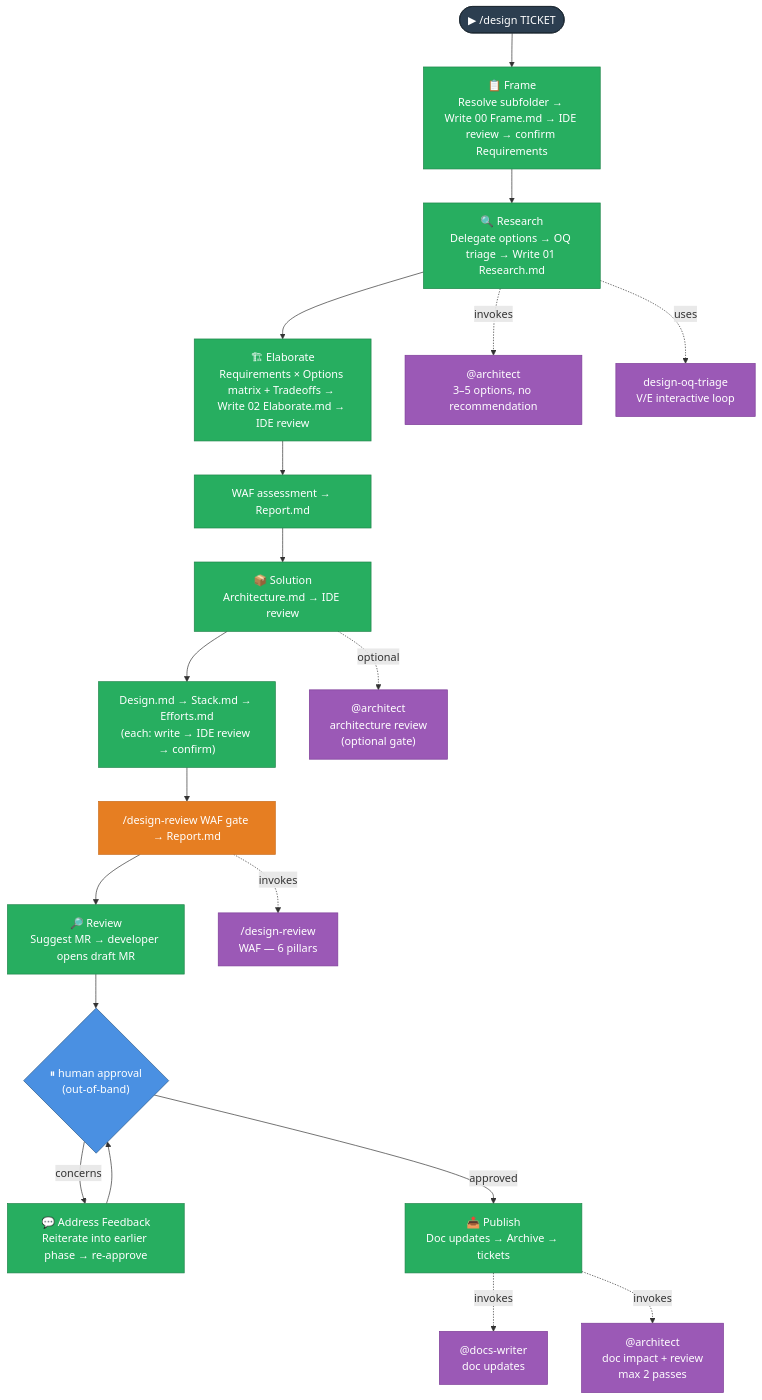
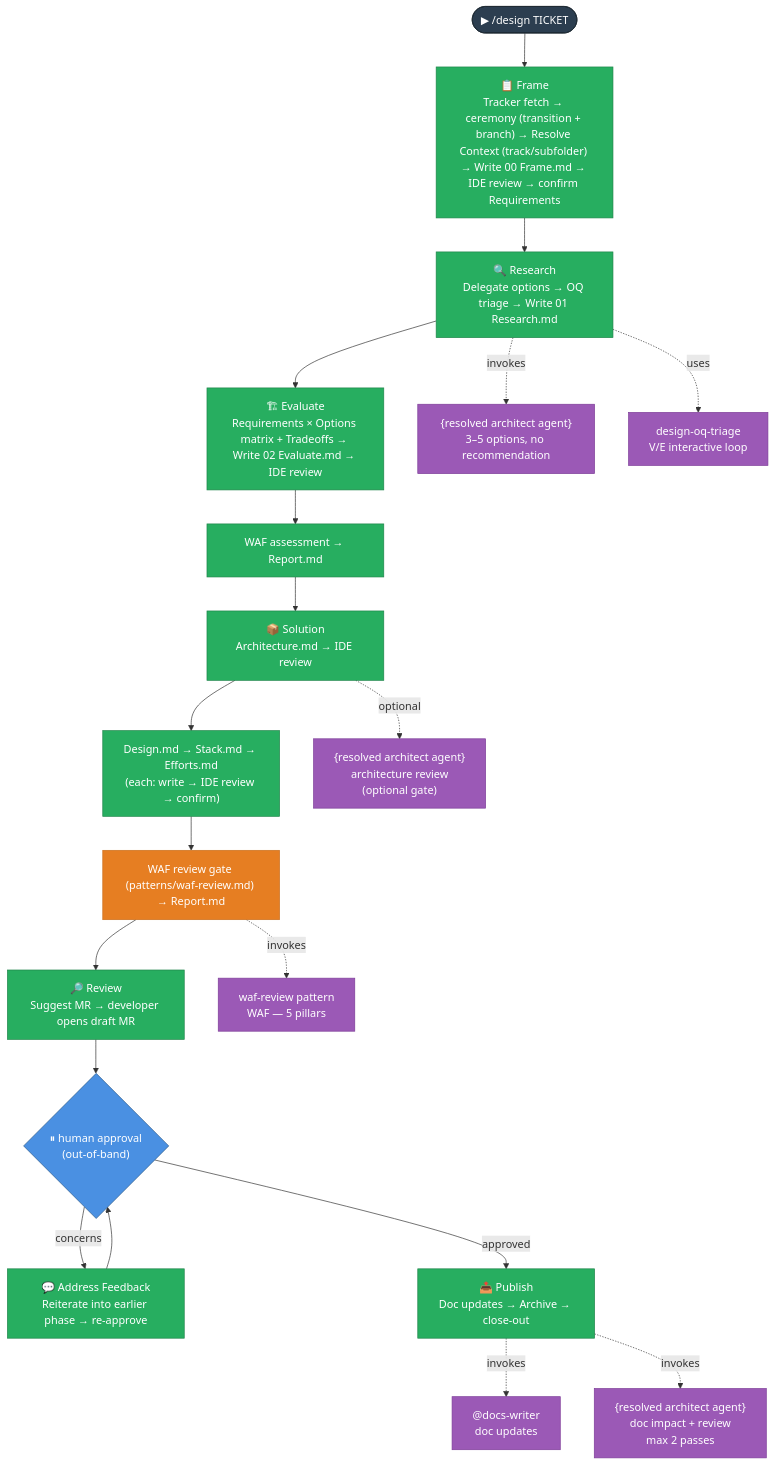
Before and after one commit to DataArt/artisyn-implementation-harness: the diagram in docs/Harness/03 Lifecycles/02 Design Lifecycle.md, drawn with Mermaid. The commit also changed other lines of this file and 143 other files, not shown here.

````diff
--- a/docs/Harness/03 Lifecycles/02 Design Lifecycle.md
+++ b/docs/Harness/03 Lifecycles/02 Design Lifecycle.md
@@ -32,40 +34,40 @@
 ```mermaid
 flowchart TD
     START(["▶ /design TICKET"]):::actor
 
-    F["📋 Frame\nResolve subfolder → Write 00 Frame.md → IDE review → confirm Requirements"]:::phase
+    F["📋 Frame\nTracker fetch → ceremony (transition + branch) → Resolve Context (track/subfolder) → Write 00 Frame.md → IDE review → confirm Requirements"]:::phase
     R["🔍 Research\nDelegate options → OQ triage → Write 01 Research.md"]:::phase
-    E["🏗 Elaborate\nRequirements × Options matrix + Tradeoffs → Write 02 Elaborate.md → IDE review"]:::phase
+    E["🏗 Evaluate\nRequirements × Options matrix + Tradeoffs → Write 02 Evaluate.md → IDE review"]:::phase
     EW["WAF assessment → Report.md"]:::phase
     S1["📦 Solution\nArchitecture.md → IDE review"]:::phase
     S2["Design.md → Stack.md → Efforts.md\n(each: write → IDE review → confirm)"]:::phase
-    SGATE["/design-review WAF gate → Report.md"]:::gate
+    SGATE["WAF review gate (patterns/waf-review.md) → Report.md"]:::gate
     REV["🔎 Review\nSuggest MR → developer opens draft MR"]:::phase
     PAPPROVE{"⏸ human approval\n(out-of-band)"}:::human
     AF["💬 Address Feedback\nReiterate into earlier phase → re-approve"]:::phase
-    PUB["📤 Publish\nDoc updates → Archive → tickets"]:::phase
+    PUB["📤 Publish\nDoc updates → Archive → close-out"]:::phase
 
-    ARC_R["@architect\n3–5 options, no recommendation"]:::sat
+    ARC_R["{resolved architect agent}\n3–5 options, no recommendation"]:::sat
     OQT["design-oq-triage\nV/E interactive loop"]:::sat
-    ARC_S["@architect\narchitecture review\n(optional gate)"]:::sat
-    DR["/design-review\nWAF — 6 pillars"]:::sat
+    ARC_S["{resolved architect agent}\narchitecture review\n(optional gate)"]:::sat
+    DR["waf-review pattern\nWAF — 5 pillars"]:::sat
     DW["@docs-writer\ndoc updates"]:::sat
-    ARC_P["@architect\ndoc impact + review\nmax 2 passes"]:::sat
+    ARC_P["{resolved architect agent}\ndoc impact + review\nmax 2 passes"]:::sat
 
     START --> F --> R --> E --> EW --> S1 --> S2 --> SGATE --> REV --> PAPPROVE
     PAPPROVE -->|concerns| AF --> PAPPROVE
     PAPPROVE -->|approved| PUB
 
     R -.->|invokes| ARC_R
     R -.->|uses| OQT
     S1 -.->|optional| ARC_S
     SGATE -.->|invokes| DR
     PUB -.->|invokes| DW
     PUB -.->|invokes| ARC_P
 
     classDef actor fill:#2C3E50,stroke:#1A252F,color:#fff
     classDef phase fill:#27AE60,stroke:#1E8449,color:#fff
     classDef gate fill:#E67E22,stroke:#CA6F1E,color:#fff
     classDef human fill:#4A90E2,stroke:#2E5C8A,color:#fff
     classDef sat fill:#9B59B6,stroke:#7D3C98,color:#fff
 ```
````
